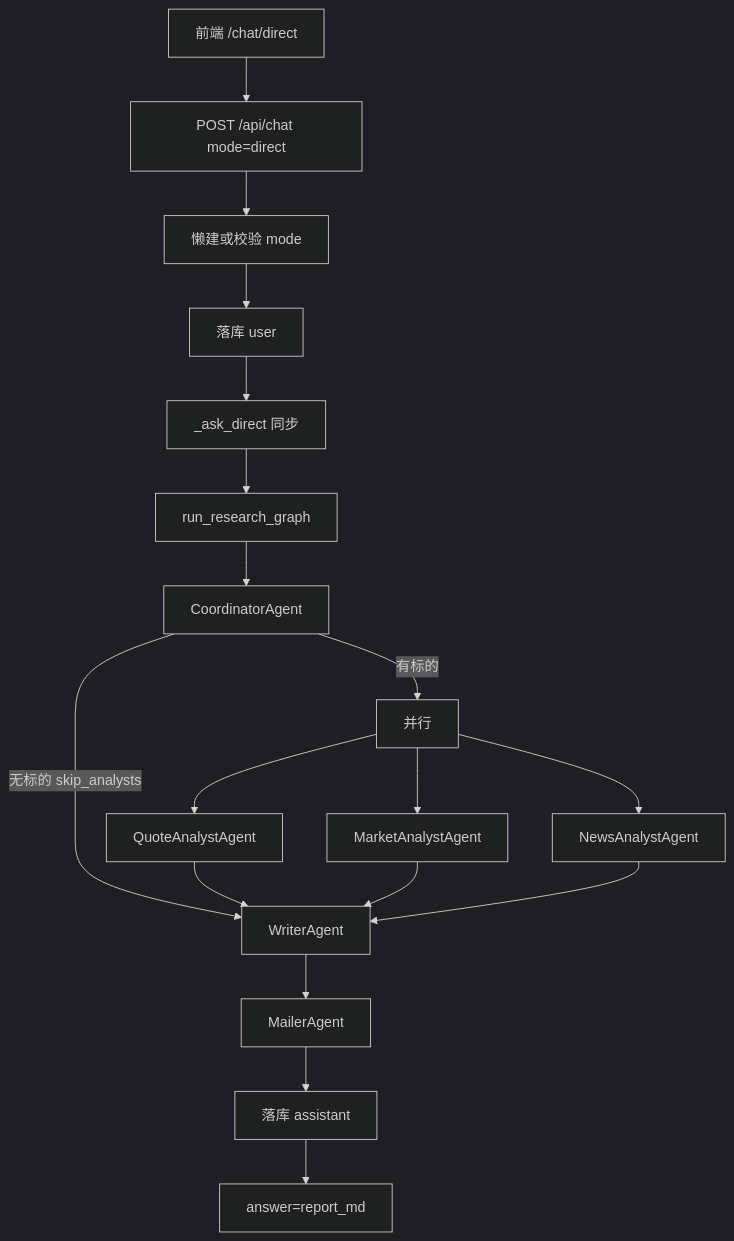
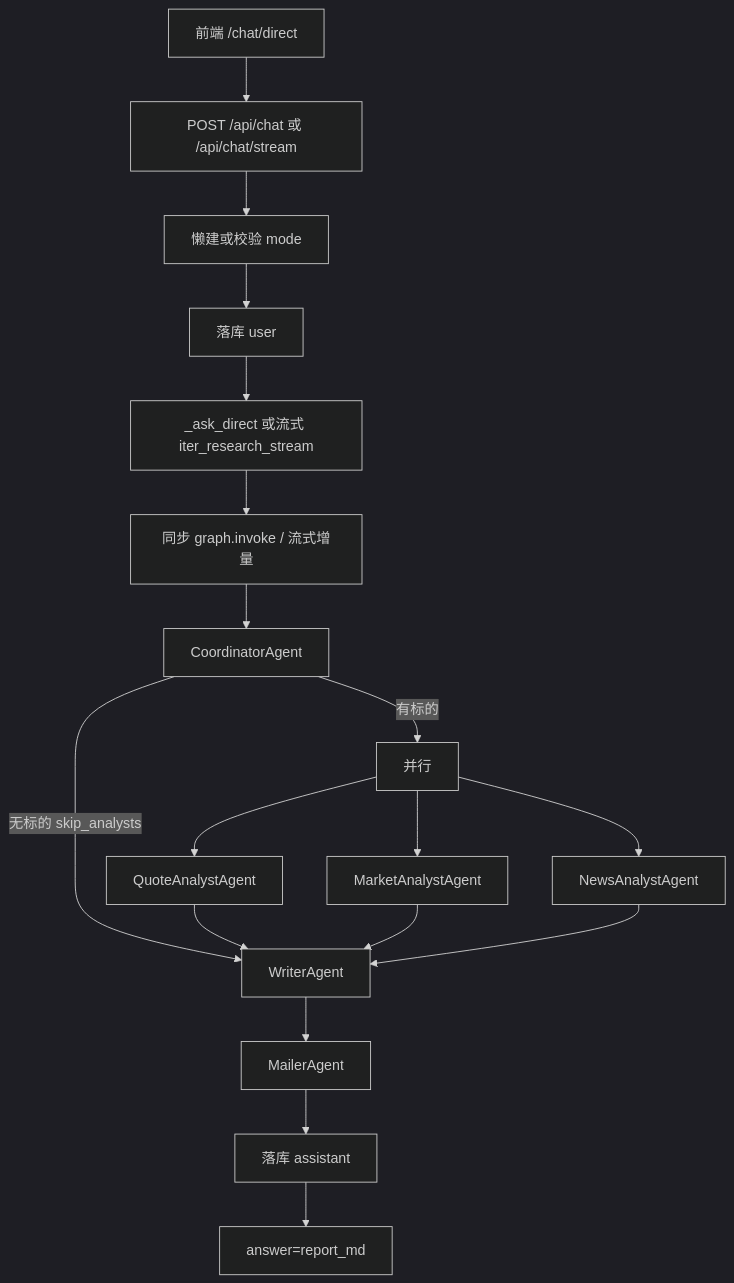
Before and after one commit to muguangmgy/knowledge-hub: the diagram in .docs/stock-research-agent-design.md, drawn with Mermaid (dark theme). The commit also changed other lines of this file and 22 other files, not shown here.

````diff
--- a/.docs/stock-research-agent-design.md
+++ b/.docs/stock-research-agent-design.md
@@ -70,20 +71,20 @@
 ```mermaid
 flowchart TD
-  client[前端 /chat/direct] --> postChat["POST /api/chat mode=direct"]
+  client[前端 /chat/direct] --> postChat["POST /api/chat 或 /api/chat/stream"]
   postChat --> resolveConv[懒建或校验 mode]
   resolveConv --> saveUser[落库 user]
-  saveUser --> askDirect["_ask_direct 同步"]
-  askDirect --> runGraph["run_research_graph"]
+  saveUser --> askDirect["_ask_direct 或流式 iter_research_stream"]
+  askDirect --> runGraph["同步 graph.invoke / 流式增量"]
   runGraph --> coord[CoordinatorAgent]
   coord -->|有标的| fanOut[并行]
   coord -->|无标的 skip_analysts| writer[WriterAgent]
   fanOut --> quote[QuoteAnalystAgent]
   fanOut --> market[MarketAnalystAgent]
   fanOut --> news[NewsAnalystAgent]
   quote --> writer
   market --> writer
   news --> writer
   writer --> mailer[MailerAgent]
   mailer --> saveAsst[落库 assistant]
   saveAsst --> resp["answer=report_md"]
 ```
````
